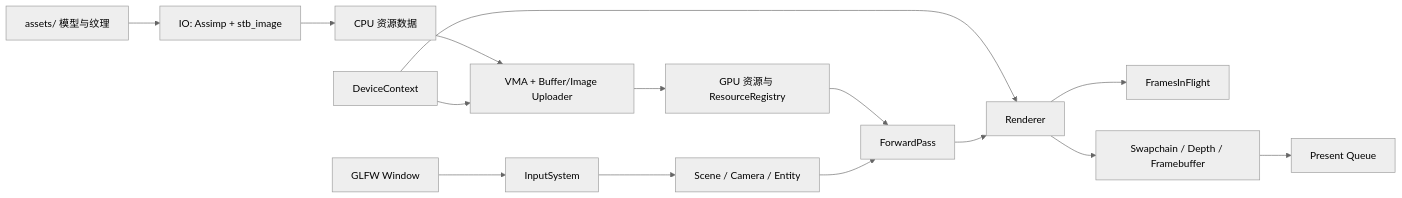
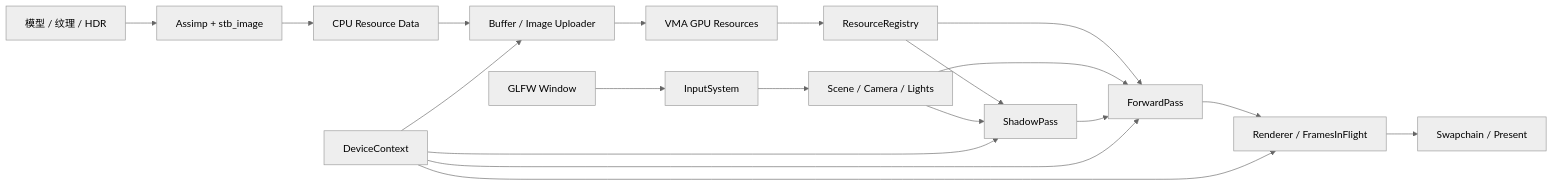
One commit to th1nk2r-git/th1nk2r_renderer changed the diagram in README.md. Above: the diagram before and after it, drawn with Mermaid (neutral theme). The commit also changed other lines of this file and 7 other files, not shown here.

````diff
--- a/README.md
+++ b/README.md
@@ -115,19 +61,23 @@
 ```mermaid
 flowchart LR
-    Assets["assets/ 模型与纹理"] --> IO["IO: Assimp + stb_image"]
-    IO --> CPU["CPU 资源数据"]
-    CPU --> Upload["VMA + Buffer/Image Uploader"]
-    Upload --> Registry["GPU 资源与 ResourceRegistry"]
+    Assets["模型 / 纹理 / HDR"] --> IO["Assimp + stb_image"]
+    IO --> CPU["CPU Resource Data"]
+    CPU --> Upload["Buffer / Image Uploader"]
+    Upload --> GPU["VMA GPU Resources"]
+    GPU --> Registry["ResourceRegistry"]
 
     Window["GLFW Window"] --> Input["InputSystem"]
-    Input --> Scene["Scene / Camera / Entity"]
-    Registry --> Pass["ForwardPass"]
-    Scene --> Pass
+    Input --> Scene["Scene / Camera / Lights"]
+    Registry --> Shadow["ShadowPass"]
+    Scene --> Shadow
+    Registry --> Forward["ForwardPass"]
+    Scene --> Forward
+    Shadow --> Forward
+    Forward --> Renderer["Renderer / FramesInFlight"]
+    Renderer --> Swapchain["Swapchain / Present"]
 
     Device["DeviceContext"] --> Upload
-    Device --> Renderer["Renderer"]
-    Pass --> Renderer
-    Renderer --> Frame["FramesInFlight"]
-    Renderer --> Swapchain["Swapchain / Depth / Framebuffer"]
-    Swapchain --> Present["Present Queue"]
+    Device --> Shadow
+    Device --> Forward
+    Device --> Renderer
 ```
````
